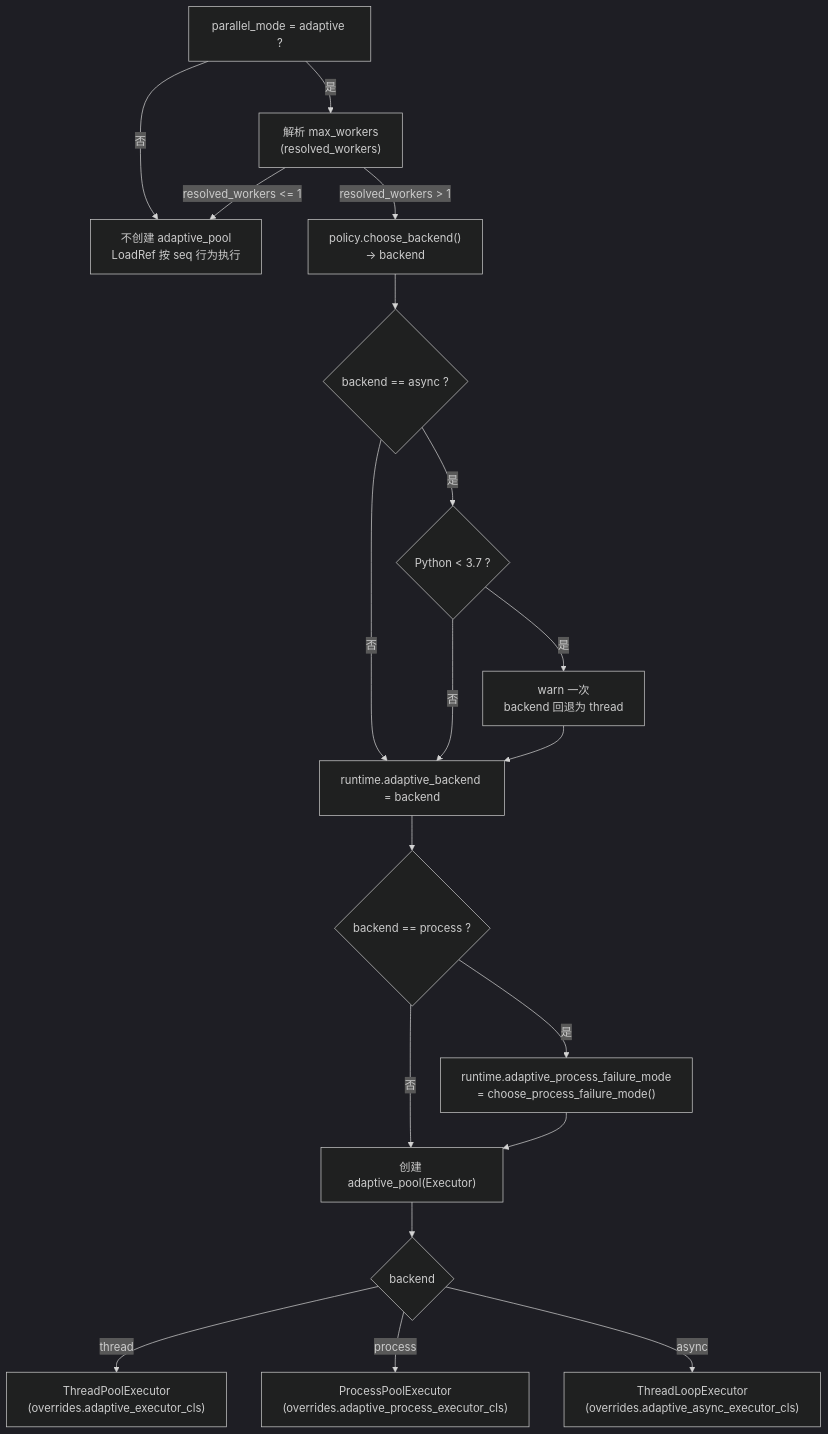
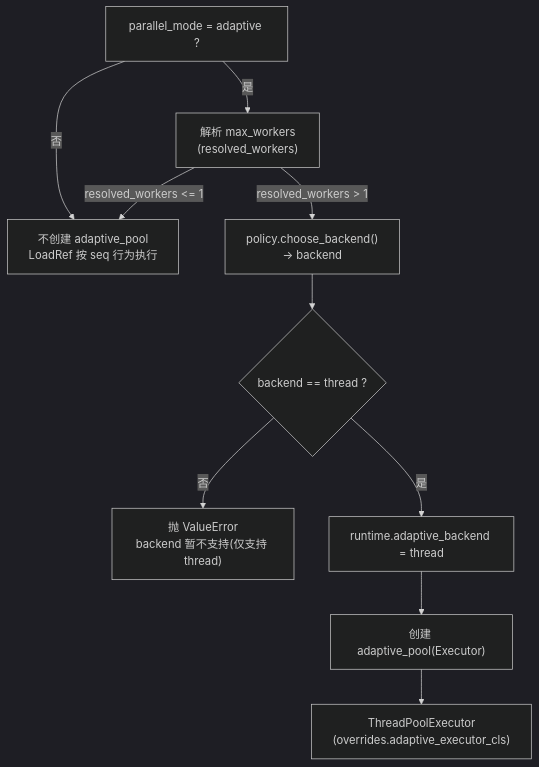
Before and after one commit to StrayDragon/scalim: the fifth of 7 diagrams in docs/doc/architecture/parallel-modes.md, drawn with Mermaid (dark theme). The commit also changed other lines of this file and 21 other files, not shown here.

Commit message:
feat: adaptive-backend-thread-only

````diff
--- a/docs/doc/architecture/parallel-modes.md
+++ b/docs/doc/architecture/parallel-modes.md
@@ -132,24 +128,13 @@
 ```mermaid
 flowchart TD
   START["parallel_mode = adaptive ?"] -->|否| NOP["不创建 adaptive_pool<br/>LoadRef 按 seq 行为执行"]
   START -->|是| WORKERS["解析 max_workers<br/>(resolved_workers)"]
   WORKERS -->|"resolved_workers <= 1"| NOP
   WORKERS -->|"resolved_workers > 1"| PICK["policy.choose_backend()<br/>→ backend"]
 
-  PICK --> ASYNCQ{"backend == async ?"}
-  ASYNCQ -->|否| SETRT["runtime.adaptive_backend = backend"]
-  ASYNCQ -->|是| PYQ{"Python < 3.7 ?"}
-  PYQ -->|是| WARN["warn 一次<br/>backend 回退为 thread"]
-  PYQ -->|否| SETRT
-  WARN --> SETRT
-
-  SETRT --> PROCQ{"backend == process ?"}
-  PROCQ -->|是| SETPM["runtime.adaptive_process_failure_mode<br/>= choose_process_failure_mode()"]
-  PROCQ -->|否| EXEC
-  SETPM --> EXEC["创建 adaptive_pool(Executor)"]
-
-  EXEC --> MAP{"backend"}
-  MAP -->|"thread"| T["ThreadPoolExecutor<br/>(overrides.adaptive_executor_cls)"]
-  MAP -->|"process"| P["ProcessPoolExecutor<br/>(overrides.adaptive_process_executor_cls)"]
-  MAP -->|"async"| A["ThreadLoopExecutor<br/>(overrides.adaptive_async_executor_cls)"]
+  PICK --> OK{"backend == thread ?"}
+  OK -->|否| ERR["抛 ValueError<br/>backend 暂不支持(仅支持 thread)"]
+  OK -->|是| SETRT["runtime.adaptive_backend = thread"]
+  SETRT --> EXEC["创建 adaptive_pool(Executor)"]
+  EXEC --> T["ThreadPoolExecutor<br/>(overrides.adaptive_executor_cls)"]
 ```
````
